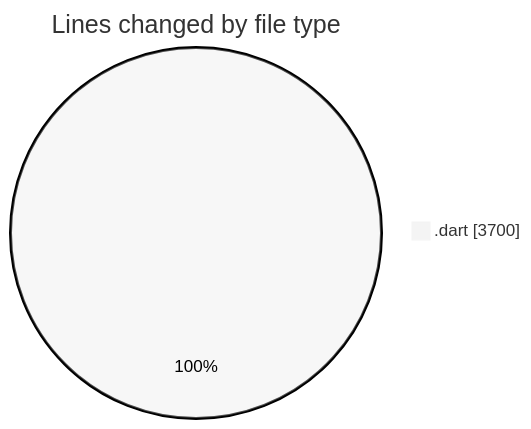
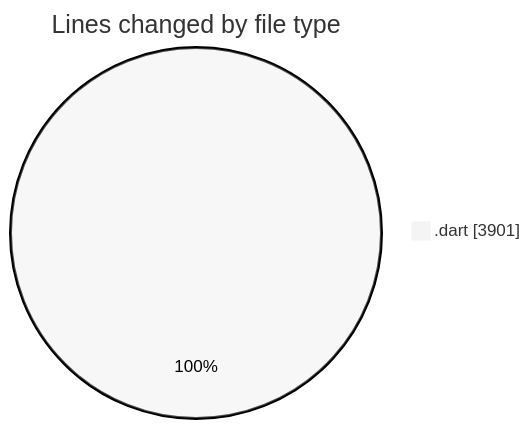
One commit to lephambinh05/code-tracking changed the first of 2 diagrams in 2025-08-17/studybuddy/README.md. Above: the diagram before and after it, drawn with Mermaid (neutral theme). The commit also changed other lines of this file and 1 other file, not shown here.

````diff
--- a/2025-08-17/studybuddy/README.md
+++ b/2025-08-17/studybuddy/README.md
@@ -31,5 +32,5 @@
 ```mermaid
 pie showData
 title Lines changed by file type
-".dart" : 3700
+".dart" : 3901
 ```
````
